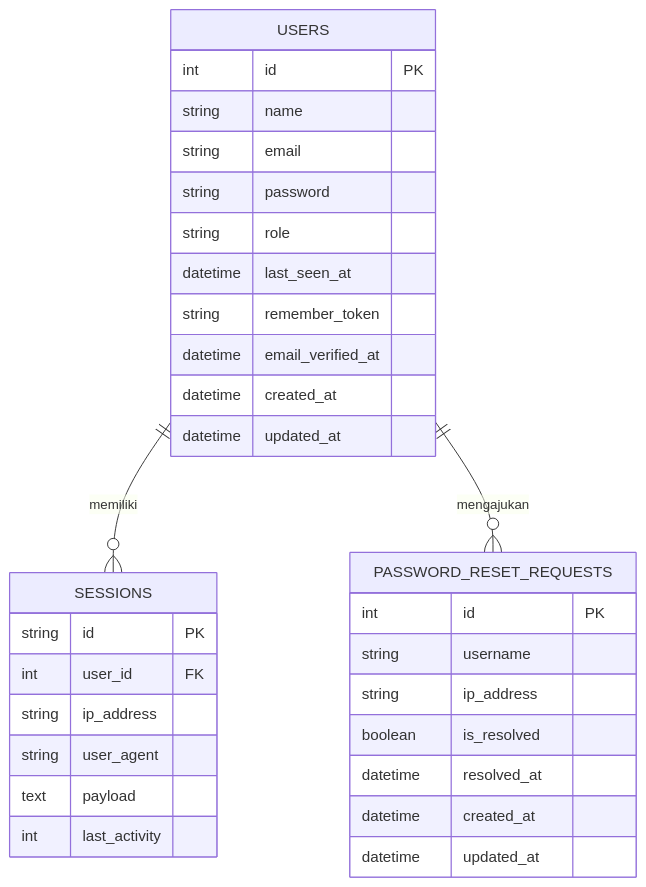
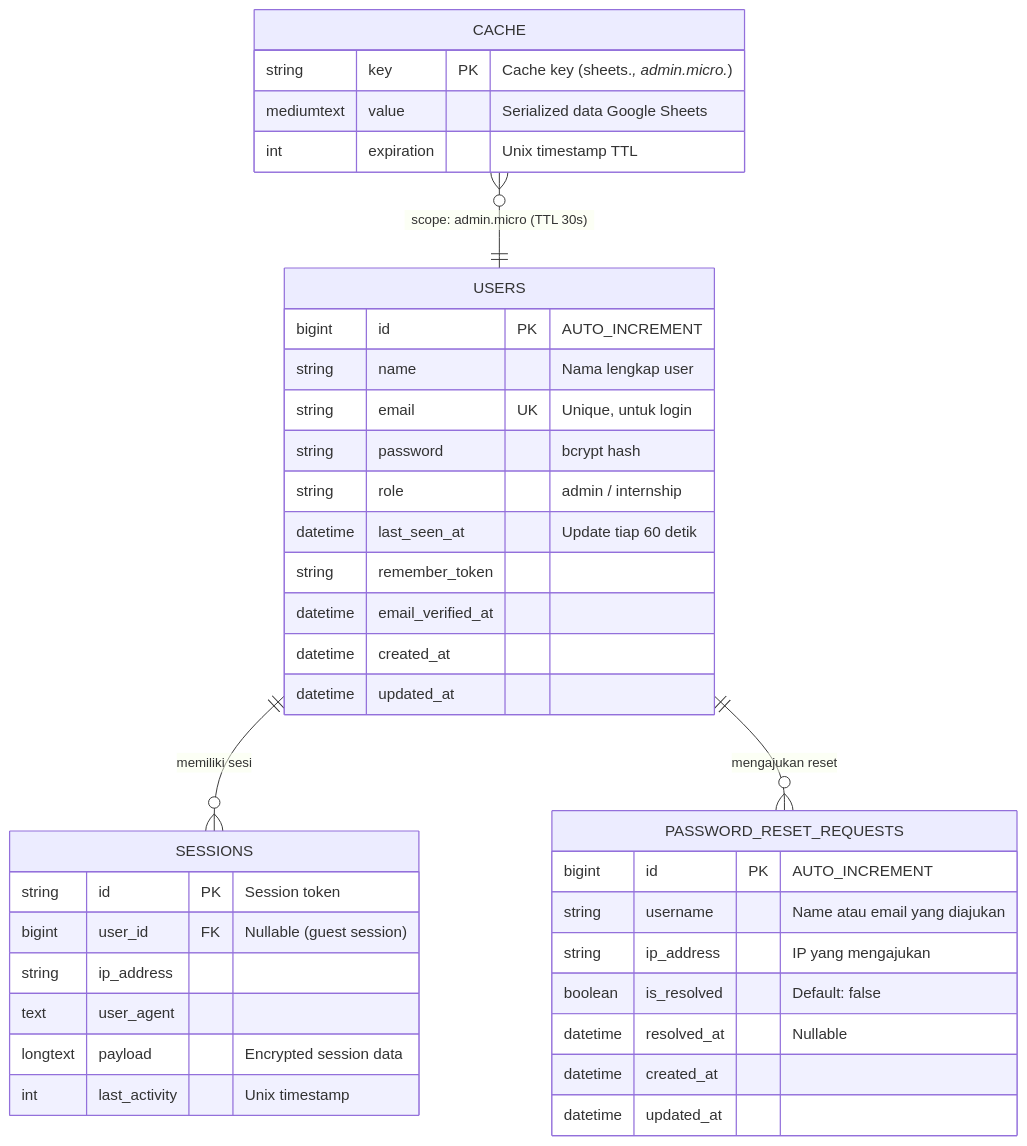
The fourth of 5 diagrams in README.md (Rpl087/PROJECT-MAGANG), drawn with Mermaid before and after one commit. The commit also changed other lines of this file, not shown here.

````diff
--- a/README.md
+++ b/README.md
@@ -285,37 +370,44 @@
 ```mermaid
 erDiagram
     USERS {
-        int id PK
-        string name
-        string email
-        string password
-        string role
-        datetime last_seen_at
+        bigint id PK "AUTO_INCREMENT"
+        string name "Nama lengkap user"
+        string email UK "Unique, untuk login"
+        string password "bcrypt hash"
+        string role "admin / internship"
+        datetime last_seen_at "Update tiap 60 detik"
         string remember_token
         datetime email_verified_at
         datetime created_at
         datetime updated_at
     }
 
     SESSIONS {
-        string id PK
-        int user_id FK
+        string id PK "Session token"
+        bigint user_id FK "Nullable (guest session)"
         string ip_address
-        string user_agent
-        text payload
-        int last_activity
+        text user_agent
+        longtext payload "Encrypted session data"
+        int last_activity "Unix timestamp"
     }
 
     PASSWORD_RESET_REQUESTS {
-        int id PK
-        string username
-        string ip_address
-        boolean is_resolved
-        datetime resolved_at
+        bigint id PK "AUTO_INCREMENT"
+        string username "Name atau email yang diajukan"
+        string ip_address "IP yang mengajukan"
+        boolean is_resolved "Default: false"
+        datetime resolved_at "Nullable"
         datetime created_at
         datetime updated_at
     }
 
-    USERS ||--o{ SESSIONS : "memiliki"
-    USERS ||--o{ PASSWORD_RESET_REQUESTS : "mengajukan"
+    CACHE {
+        string key PK "Cache key (sheets.*, admin.micro.*)"
+        mediumtext value "Serialized data Google Sheets"
+        int expiration "Unix timestamp TTL"
+    }
+
+    USERS ||--o{ SESSIONS : "memiliki sesi"
+    USERS ||--o{ PASSWORD_RESET_REQUESTS : "mengajukan reset"
+    CACHE }o--|| USERS : "scope: admin.micro (TTL 30s)"
 ```
````
